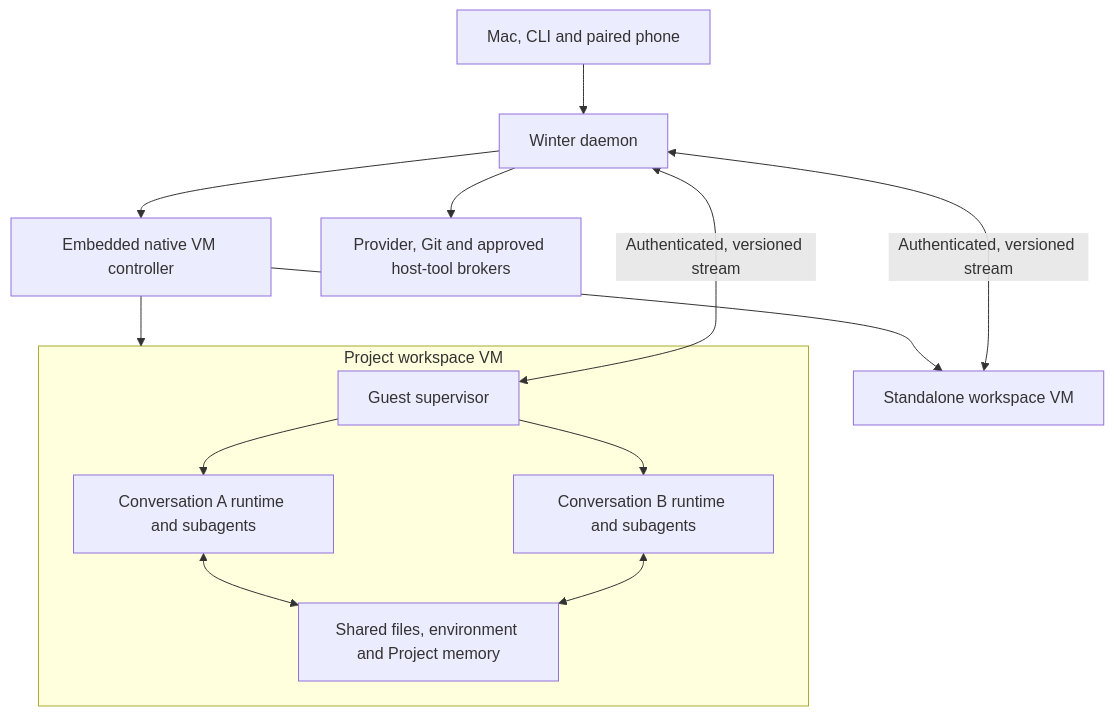
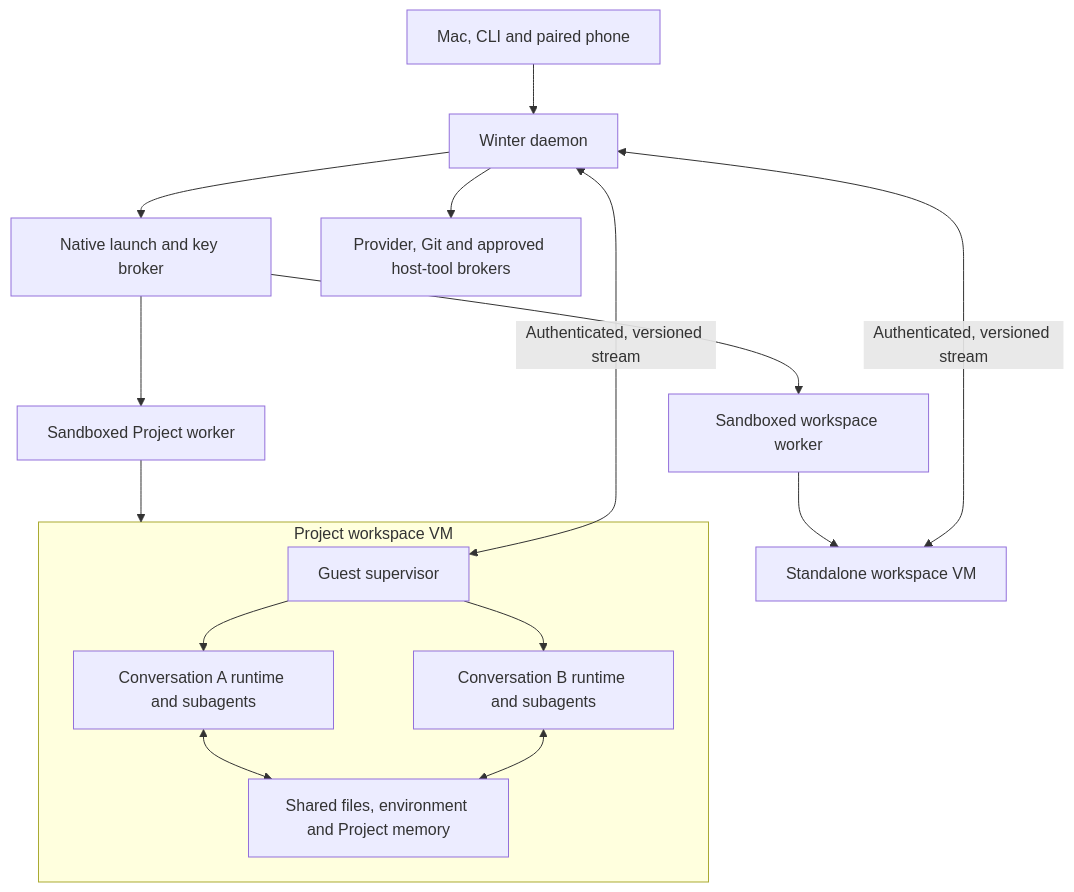
One commit to yanlingLabs/winter changed the diagram in docs/cowork-spec.md. Above: the diagram before and after it, drawn with Mermaid. The commit also changed other lines of this file and 4 other files, not shown here.

Commit message:
docs(cowork): define encrypted storage and sandboxed worker boundaries

````diff
--- a/docs/cowork-spec.md
+++ b/docs/cowork-spec.md
@@ -43,16 +44,18 @@
 ```mermaid
 flowchart TB
   UI[Mac, CLI and paired phone] --> D[Winter daemon]
-  D --> V[Embedded native VM controller]
+  D --> L[Native launch and key broker]
   D --> B[Provider, Git and approved host-tool brokers]
-  V --> S[Standalone workspace VM]
-  V --> P
+  L --> W1[Sandboxed workspace worker]
+  L --> W2[Sandboxed Project worker]
+  W1 --> S[Standalone workspace VM]
+  W2 --> P
   subgraph P[Project workspace VM]
     G[Guest supervisor] --> A[Conversation A runtime and subagents]
     G --> C[Conversation B runtime and subagents]
     A <--> F[Shared files, environment and Project memory]
     C <--> F
   end
   G <-->|Authenticated, versioned stream| D
   S <-->|Authenticated, versioned stream| D
 ```
````
